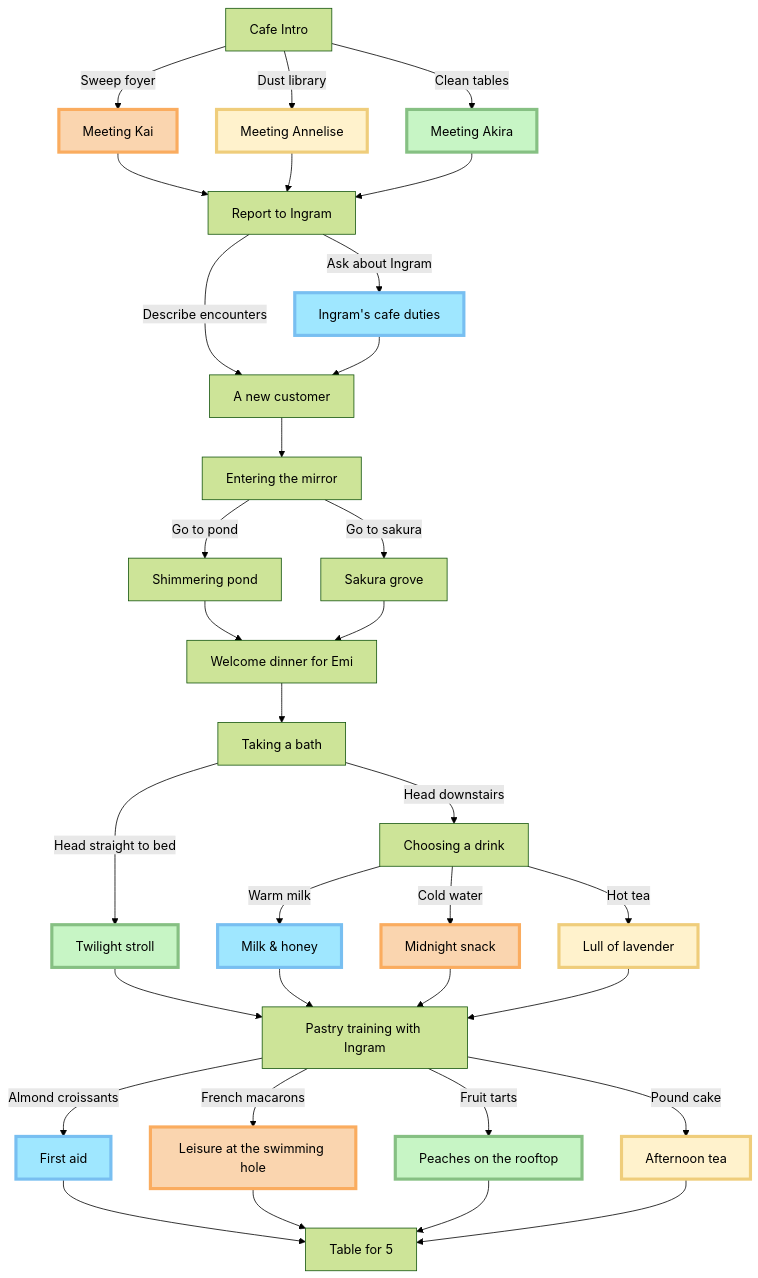
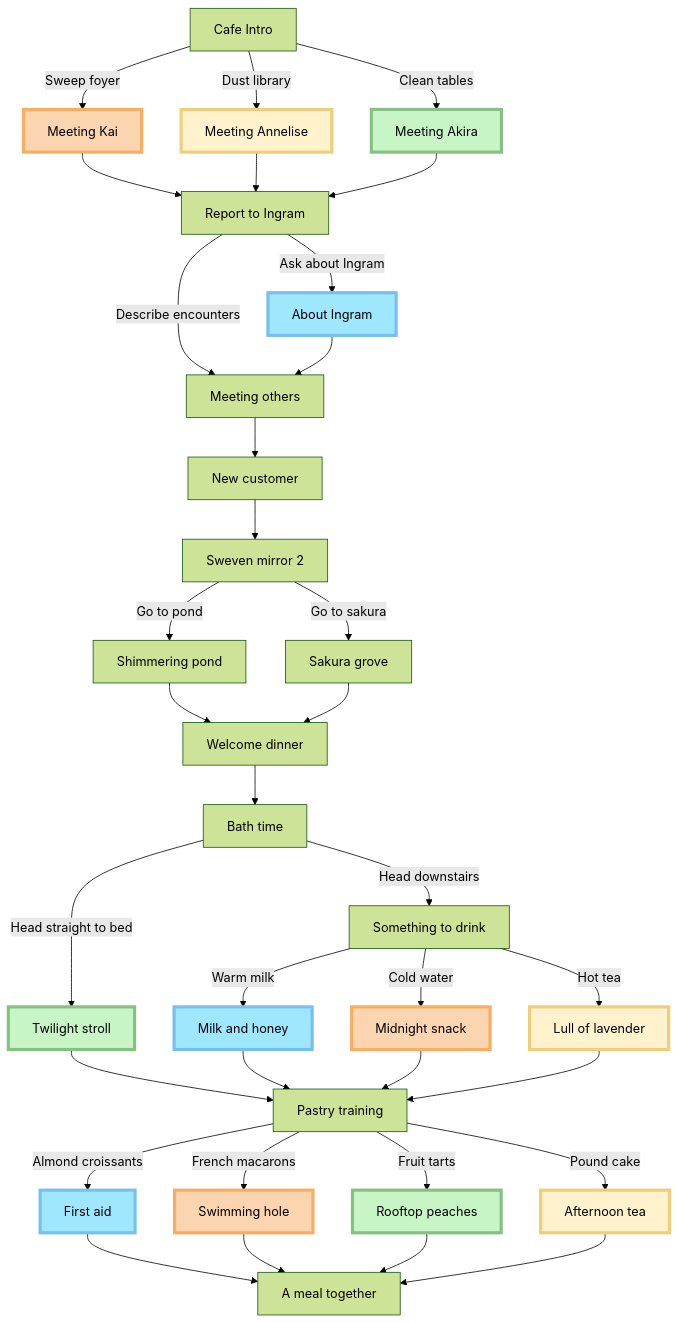
Before and after one commit to milkysan92/nobaros-cafe: the diagram in script/Nobaros Cafe/Chapter 2/Chapter 2 Master.md, drawn with Mermaid (forest theme). The commit also changed 32 other files, not shown here.

````diff
--- a/script/Nobaros Cafe/Chapter 2/Chapter 2 Master.md
+++ b/script/Nobaros Cafe/Chapter 2/Chapter 2 Master.md
@@ -2,81 +2,82 @@
 ```mermaid
 graph TD
 
 %% Define aliases
 CH2[Cafe Intro]
 meet-kai[Meeting Kai]
 meet-annelise[Meeting Annelise]
 meet-akira[Meeting Akira]
 report-ingram[Report to Ingram]
-ingram-job[Ingram's cafe duties]
-customer2[A new customer]
-mirror2[Entering the mirror]
+ingram-job[About Ingram]
+meeting-others[Meeting others]
+customer2[New customer]
+mirror2[Sweven mirror 2]
 pond[Shimmering pond]
 sakura[Sakura grove]
-celebrate-dinner[Welcome dinner for Emi]
-bathtime[Taking a bath]
-choose-drink[Choosing a drink]
-night-ingram[Milk & honey]
+celebrate-dinner[Welcome dinner]
+bathtime[Bath time]
+choose-drink[Something to drink]
+night-ingram[Milk and honey]
 night-annelise[Lull of lavender]
 night-kai[Midnight snack]
 night-akira[Twilight stroll]
-masterchef[Pastry training with Ingram]
+masterchef[Pastry training]
 sweets-ingram[First aid]
-sweets-kai[Leisure at the swimming hole]
-sweets-akira[Peaches on the rooftop]
+sweets-kai[Swimming hole]
+sweets-akira[Rooftop peaches]
 sweets-annelise[Afternoon tea]
-group-dinner[Table for 5]
+group-dinner[A meal together]
 
 %% Define node formatting for routes
 classDef ingram-route fill:#9fe7ff,stroke:#78bff1,stroke-width:4px
 classDef kai-route fill:#fad5af,stroke:#faac5f,stroke-width:4px
 classDef akira-route fill:#c7f5c5,stroke:#86c083,stroke-width:4px
 classDef annelise-route fill:#fff2cc,stroke:#efcd7b,stroke-width:4px
 
 %% Establish node connections
 CH2--Sweep foyer-->meet-kai-->report-ingram
 CH2--Dust library-->meet-annelise-->report-ingram
 CH2--Clean tables-->meet-akira-->report-ingram
-report-ingram--Describe encounters-->customer2
-report-ingram--Ask about Ingram-->ingram-job-->customer2
-customer2-->mirror2--Go to pond-->pond
+report-ingram--Describe encounters-->meeting-others
+report-ingram--Ask about Ingram-->ingram-job-->meeting-others
+meeting-others-->customer2-->mirror2--Go to pond-->pond
 mirror2--Go to sakura--> sakura
 sakura & pond-->celebrate-dinner
 celebrate-dinner-->bathtime
 bathtime--Head straight to bed-->night-akira
 bathtime--Head downstairs-->choose-drink
 choose-drink--Warm milk-->night-ingram
 choose-drink--Cold water-->night-kai
 choose-drink--Hot tea-->night-annelise
 night-ingram & night-kai & night-akira & night-annelise-->masterchef
 masterchef--Almond croissants-->sweets-ingram
 masterchef--French macarons-->sweets-kai
 masterchef--Fruit tarts-->sweets-akira
 masterchef--Pound cake-->sweets-annelise
 sweets-ingram & sweets-kai & sweets-akira & sweets-annelise-->group-dinner
 
 %% Format the routes & link to script files accordingly
 %%---------------------------------------------------------------------------
 %% General storyline
-class CH2,report-ingram,customer2,mirror2,pond,sakura,celebrate-dinner,bathtime,choose-drink,masterchef,group-dinner internal-link
+class CH2,report-ingram,meeting-others,customer2,mirror2,pond,sakura,celebrate-dinner,bathtime,choose-drink,masterchef,group-dinner internal-link
 
 %% Spiritguiding
 class mirror2,pond,sakura internal-link
 
 %% Ingram route
 class ingram-job,night-ingram,sweets-ingram ingram-route
 class ingram-job,night-ingram,sweets-ingram internal-link
 
 %% Kai route
 class meet-kai,night-kai,sweets-kai kai-route
 class meet-kai,night-kai,sweets-kai internal-link
 
 %% Annelise route
 class meet-annelise,night-annelise,sweets-annelise annelise-route
 class meet-annelise,night-annelise,sweets-annelise internal-link
 
 %% Akira route
 class meet-akira,night-akira,sweets-akira akira-route
 class meet-akira,night-akira,sweets-akira internal-link
 
 ```
````
